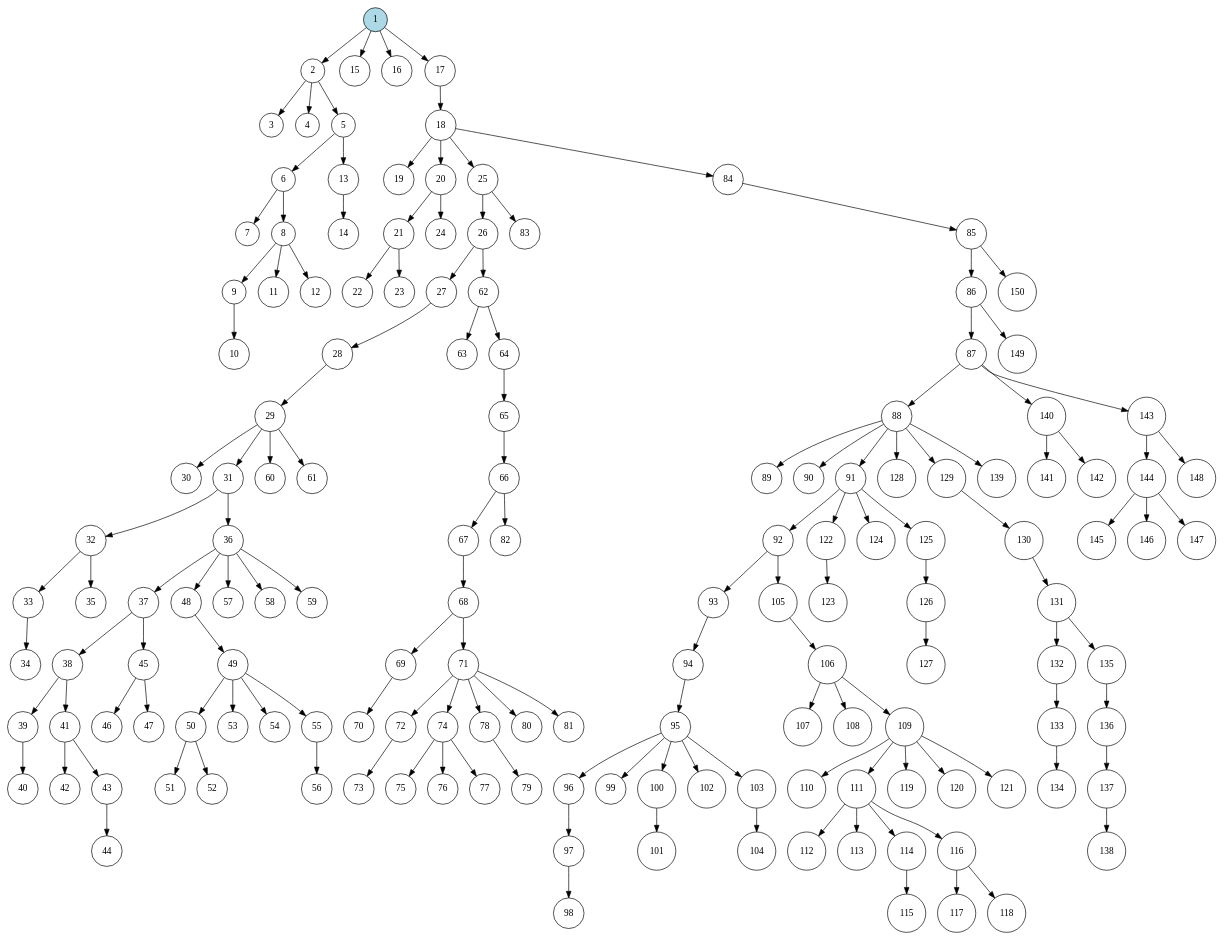
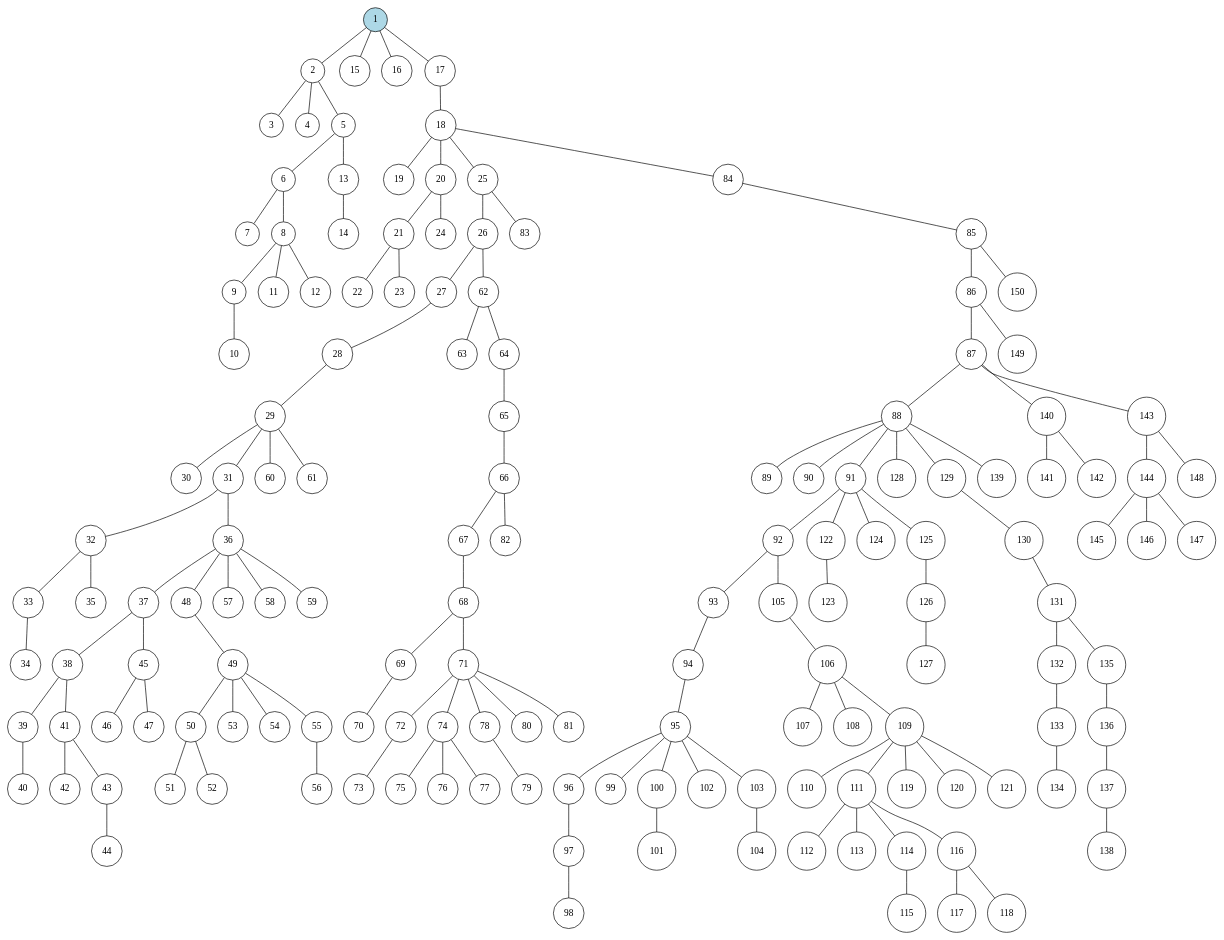
The diagram in results/dot/random-150.dot (goga-59/tree-reconstruction), drawn with Graphviz before and after one commit. The commit also changed 22 other files, not shown here.

```diff
--- a/results/dot/random-150.dot
+++ b/results/dot/random-150.dot
@@ -1,154 +1,153 @@
-digraph Tree {
-	graph [ordering=out];
+graph Tree {
 	node [shape=circle];
 	1 [style=filled, fillcolor=lightblue];
-	1 -> 2;
-	2 -> 3;
-	2 -> 4;
-	2 -> 5;
-	5 -> 6;
-	6 -> 7;
-	6 -> 8;
-	8 -> 9;
-	9 -> 10;
-	8 -> 11;
-	8 -> 12;
-	5 -> 13;
-	13 -> 14;
-	1 -> 15;
-	1 -> 16;
-	1 -> 17;
-	17 -> 18;
-	18 -> 19;
-	18 -> 20;
-	20 -> 21;
-	21 -> 22;
-	21 -> 23;
-	20 -> 24;
-	18 -> 25;
-	25 -> 26;
-	26 -> 27;
-	27 -> 28;
-	28 -> 29;
-	29 -> 30;
-	29 -> 31;
-	31 -> 32;
-	32 -> 33;
-	33 -> 34;
-	32 -> 35;
-	31 -> 36;
-	36 -> 37;
-	37 -> 38;
-	38 -> 39;
-	39 -> 40;
-	38 -> 41;
-	41 -> 42;
-	41 -> 43;
-	43 -> 44;
-	37 -> 45;
-	45 -> 46;
-	45 -> 47;
-	36 -> 48;
-	48 -> 49;
-	49 -> 50;
-	50 -> 51;
-	50 -> 52;
-	49 -> 53;
-	49 -> 54;
-	49 -> 55;
-	55 -> 56;
-	36 -> 57;
-	36 -> 58;
-	36 -> 59;
-	29 -> 60;
-	29 -> 61;
-	26 -> 62;
-	62 -> 63;
-	62 -> 64;
-	64 -> 65;
-	65 -> 66;
-	66 -> 67;
-	67 -> 68;
-	68 -> 69;
-	69 -> 70;
-	68 -> 71;
-	71 -> 72;
-	72 -> 73;
-	71 -> 74;
-	74 -> 75;
-	74 -> 76;
-	74 -> 77;
-	71 -> 78;
-	78 -> 79;
-	71 -> 80;
-	71 -> 81;
-	66 -> 82;
-	25 -> 83;
-	18 -> 84;
-	84 -> 85;
-	85 -> 86;
-	86 -> 87;
-	87 -> 88;
-	88 -> 89;
-	88 -> 90;
-	88 -> 91;
-	91 -> 92;
-	92 -> 93;
-	93 -> 94;
-	94 -> 95;
-	95 -> 96;
-	96 -> 97;
-	97 -> 98;
-	95 -> 99;
-	95 -> 100;
-	100 -> 101;
-	95 -> 102;
-	95 -> 103;
-	103 -> 104;
-	92 -> 105;
-	105 -> 106;
-	106 -> 107;
-	106 -> 108;
-	106 -> 109;
-	109 -> 110;
-	109 -> 111;
-	111 -> 112;
-	111 -> 113;
-	111 -> 114;
-	114 -> 115;
-	111 -> 116;
-	116 -> 117;
-	116 -> 118;
-	109 -> 119;
-	109 -> 120;
-	109 -> 121;
-	91 -> 122;
-	122 -> 123;
-	91 -> 124;
-	91 -> 125;
-	125 -> 126;
-	126 -> 127;
-	88 -> 128;
-	88 -> 129;
-	129 -> 130;
-	130 -> 131;
-	131 -> 132;
-	132 -> 133;
-	133 -> 134;
-	131 -> 135;
-	135 -> 136;
-	136 -> 137;
-	137 -> 138;
-	88 -> 139;
-	87 -> 140;
-	140 -> 141;
-	140 -> 142;
-	87 -> 143;
-	143 -> 144;
-	144 -> 145;
-	144 -> 146;
-	144 -> 147;
-	143 -> 148;
-	86 -> 149;
-	85 -> 150;
+	1 -- 2;
+	2 -- 3;
+	2 -- 4;
+	2 -- 5;
+	5 -- 6;
+	6 -- 7;
+	6 -- 8;
+	8 -- 9;
+	9 -- 10;
+	8 -- 11;
+	8 -- 12;
+	5 -- 13;
+	13 -- 14;
+	1 -- 15;
+	1 -- 16;
+	1 -- 17;
+	17 -- 18;
+	18 -- 19;
+	18 -- 20;
+	20 -- 21;
+	21 -- 22;
+	21 -- 23;
+	20 -- 24;
+	18 -- 25;
+	25 -- 26;
+	26 -- 27;
+	27 -- 28;
+	28 -- 29;
+	29 -- 30;
+	29 -- 31;
+	31 -- 32;
+	32 -- 33;
+	33 -- 34;
+	32 -- 35;
+	31 -- 36;
+	36 -- 37;
+	37 -- 38;
+	38 -- 39;
+	39 -- 40;
+	38 -- 41;
+	41 -- 42;
+	41 -- 43;
+	43 -- 44;
+	37 -- 45;
+	45 -- 46;
+	45 -- 47;
+	36 -- 48;
+	48 -- 49;
+	49 -- 50;
+	50 -- 51;
+	50 -- 52;
+	49 -- 53;
+	49 -- 54;
+	49 -- 55;
+	55 -- 56;
+	36 -- 57;
+	36 -- 58;
+	36 -- 59;
+	29 -- 60;
+	29 -- 61;
+	26 -- 62;
+	62 -- 63;
+	62 -- 64;
+	64 -- 65;
+	65 -- 66;
+	66 -- 67;
+	67 -- 68;
+	68 -- 69;
+	69 -- 70;
+	68 -- 71;
+	71 -- 72;
+	72 -- 73;
+	71 -- 74;
+	74 -- 75;
+	74 -- 76;
+	74 -- 77;
+	71 -- 78;
+	78 -- 79;
+	71 -- 80;
+	71 -- 81;
+	66 -- 82;
+	25 -- 83;
+	18 -- 84;
+	84 -- 85;
+	85 -- 86;
+	86 -- 87;
+	87 -- 88;
+	88 -- 89;
+	88 -- 90;
+	88 -- 91;
+	91 -- 92;
+	92 -- 93;
+	93 -- 94;
+	94 -- 95;
+	95 -- 96;
+	96 -- 97;
+	97 -- 98;
+	95 -- 99;
+	95 -- 100;
+	100 -- 101;
+	95 -- 102;
+	95 -- 103;
+	103 -- 104;
+	92 -- 105;
+	105 -- 106;
+	106 -- 107;
+	106 -- 108;
+	106 -- 109;
+	109 -- 110;
+	109 -- 111;
+	111 -- 112;
+	111 -- 113;
+	111 -- 114;
+	114 -- 115;
+	111 -- 116;
+	116 -- 117;
+	116 -- 118;
+	109 -- 119;
+	109 -- 120;
+	109 -- 121;
+	91 -- 122;
+	122 -- 123;
+	91 -- 124;
+	91 -- 125;
+	125 -- 126;
+	126 -- 127;
+	88 -- 128;
+	88 -- 129;
+	129 -- 130;
+	130 -- 131;
+	131 -- 132;
+	132 -- 133;
+	133 -- 134;
+	131 -- 135;
+	135 -- 136;
+	136 -- 137;
+	137 -- 138;
+	88 -- 139;
+	87 -- 140;
+	140 -- 141;
+	140 -- 142;
+	87 -- 143;
+	143 -- 144;
+	144 -- 145;
+	144 -- 146;
+	144 -- 147;
+	143 -- 148;
+	86 -- 149;
+	85 -- 150;
 }
```
